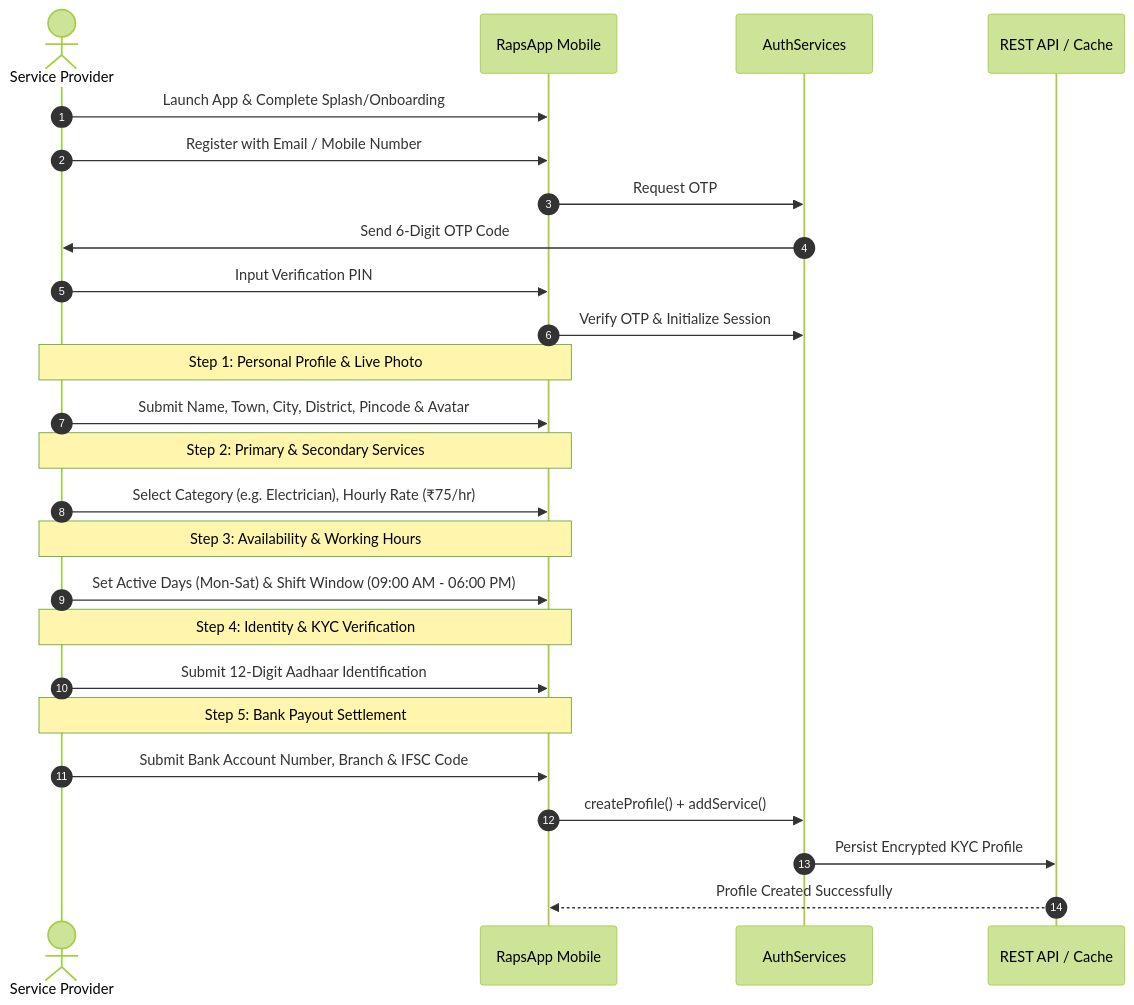
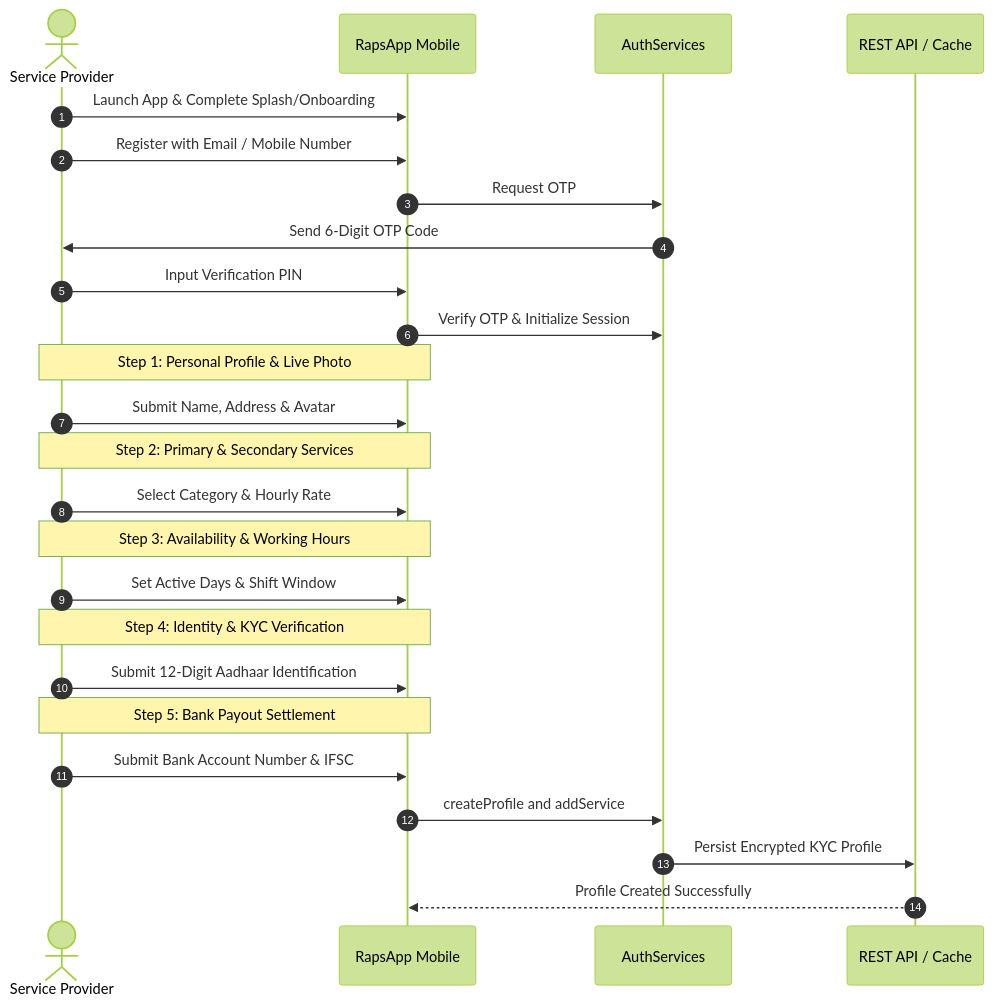
The second of 4 diagrams in README.md (Prakhyat05/Fixora), drawn with Mermaid (forest theme) before and after one commit. The commit also changed other lines of this file, not shown here.

Commit message:
docs: fix Mermaid diagram syntax for GitHub renderer compatibility

````diff
--- a/README.md
+++ b/README.md
@@ -108,33 +108,33 @@
 ```mermaid
 sequenceDiagram
     autonumber
     actor Provider as Service Provider
     participant App as RapsApp Mobile
     participant Auth as AuthServices
     participant Backend as REST API / Cache
 
     Provider->>App: Launch App & Complete Splash/Onboarding
     Provider->>App: Register with Email / Mobile Number
     App->>Auth: Request OTP
     Auth->>Provider: Send 6-Digit OTP Code
     Provider->>App: Input Verification PIN
     App->>Auth: Verify OTP & Initialize Session
 
     Note over Provider,App: Step 1: Personal Profile & Live Photo
-    Provider->>App: Submit Name, Town, City, District, Pincode & Avatar
+    Provider->>App: Submit Name, Address & Avatar
 
     Note over Provider,App: Step 2: Primary & Secondary Services
-    Provider->>App: Select Category (e.g. Electrician), Hourly Rate (₹75/hr)
+    Provider->>App: Select Category & Hourly Rate
 
     Note over Provider,App: Step 3: Availability & Working Hours
-    Provider->>App: Set Active Days (Mon-Sat) & Shift Window (09:00 AM - 06:00 PM)
+    Provider->>App: Set Active Days & Shift Window
 
     Note over Provider,App: Step 4: Identity & KYC Verification
     Provider->>App: Submit 12-Digit Aadhaar Identification
 
     Note over Provider,App: Step 5: Bank Payout Settlement
-    Provider->>App: Submit Bank Account Number, Branch & IFSC Code
-    App->>Auth: createProfile() + addService()
+    Provider->>App: Submit Bank Account Number & IFSC
+    App->>Auth: createProfile and addService
     Auth->>Backend: Persist Encrypted KYC Profile
     Backend-->>App: Profile Created Successfully
 ```
````
